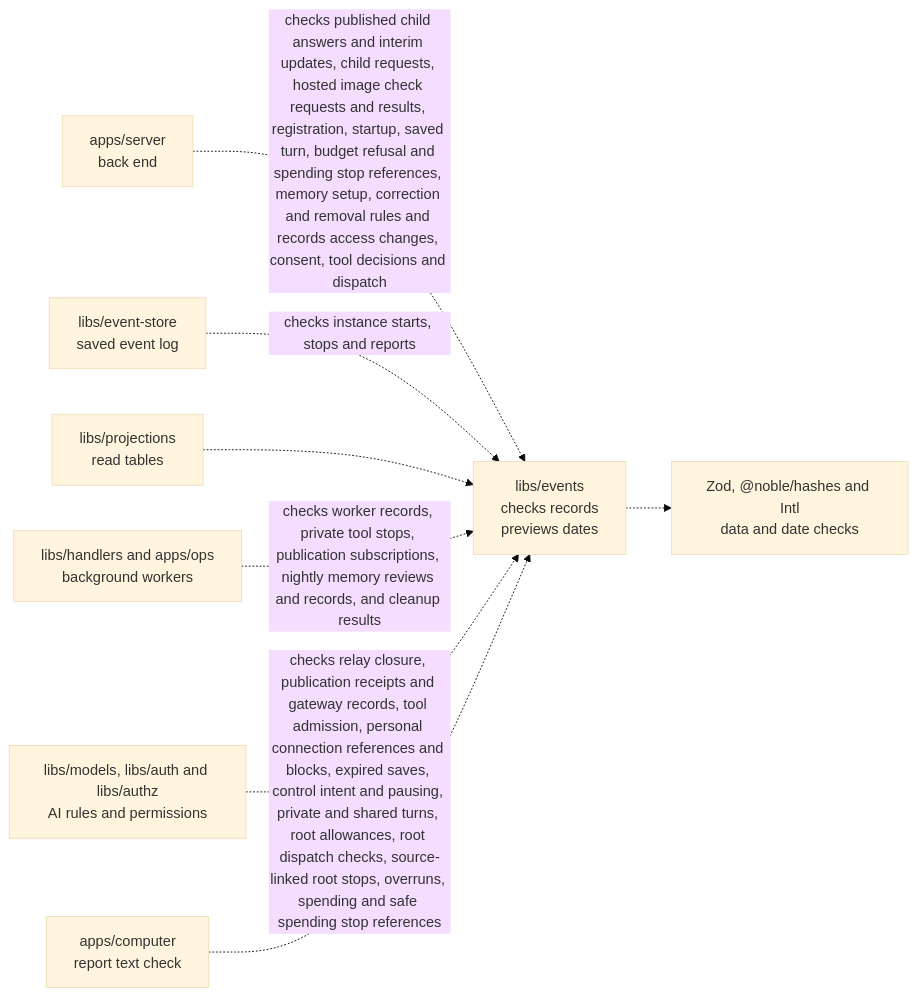
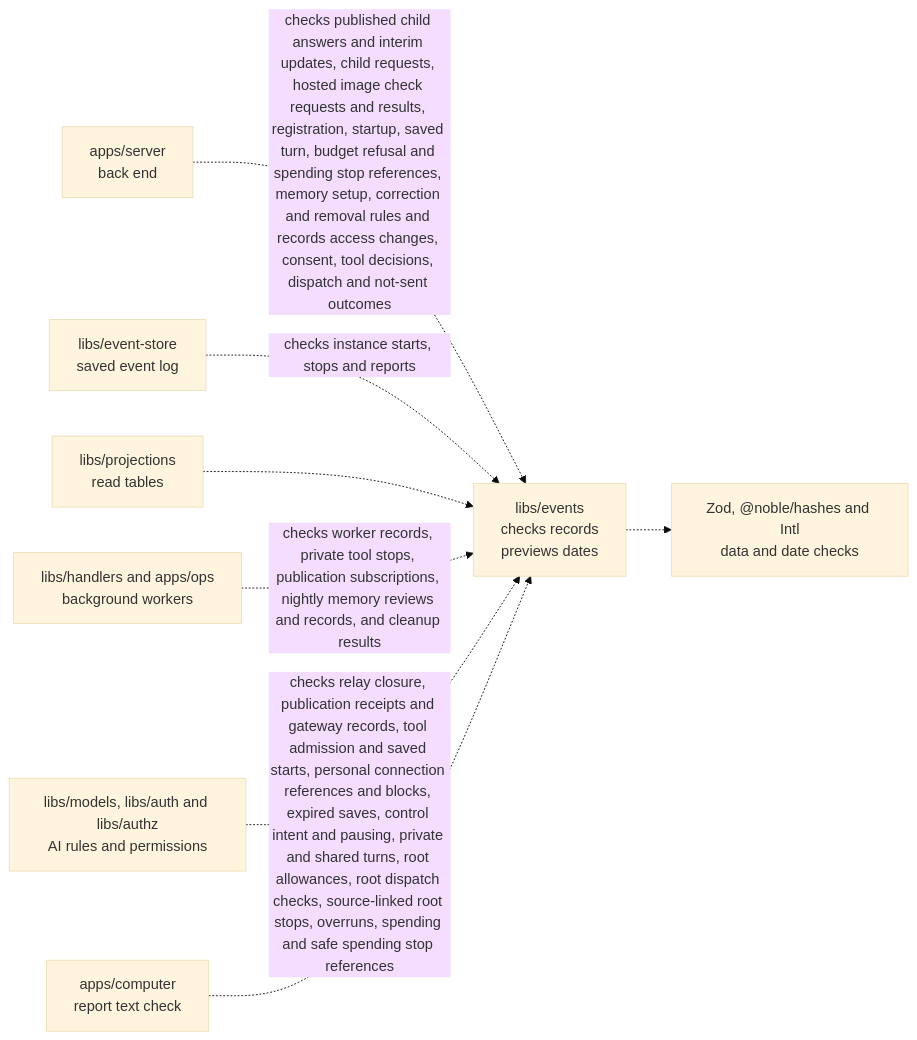
The diagram in libs/events/README.md (elewa-git/opencrane-new), drawn with Mermaid (base theme) before and after one commit. The commit also changed other lines of this file and 16 other files, not shown here.

First line of the commit message:
Save published tool dispatch starts before sending (#493)

````diff
--- a/libs/events/README.md
+++ b/libs/events/README.md
@@ -27,10 +27,10 @@
 ```mermaid
 flowchart LR
-  server["apps/server<br/>back end"] -.->|checks published child answers and interim updates, child requests, hosted image check requests and results, registration, startup, saved turn, budget refusal and spending stop references, memory setup, correction and removal rules and records access changes, consent, tool decisions and dispatch| events["libs/events<br/>checks records<br/>previews dates"]
+  server["apps/server<br/>back end"] -.->|checks published child answers and interim updates, child requests, hosted image check requests and results, registration, startup, saved turn, budget refusal and spending stop references, memory setup, correction and removal rules and records access changes, consent, tool decisions, dispatch and not-sent outcomes| events["libs/events<br/>checks records<br/>previews dates"]
   store["libs/event-store<br/>saved event log"] -.->|checks instance starts, stops and reports| events
   projections["libs/projections<br/>read tables"] -.-> events
   workers["libs/handlers and apps/ops<br/>background workers"] -.->|checks worker records, private tool stops, publication subscriptions, nightly memory reviews and records, and cleanup results| events
-  others["libs/models, libs/auth and libs/authz<br/>AI rules and permissions"] -.->|checks relay closure, publication receipts and gateway records, tool admission, personal connection references and blocks, expired saves, control intent and pausing, private and shared turns, root allowances, root dispatch checks, source-linked root stops, overruns, spending and safe spending stop references| events
+  others["libs/models, libs/auth and libs/authz<br/>AI rules and permissions"] -.->|checks relay closure, publication receipts and gateway records, tool admission and saved starts, personal connection references and blocks, expired saves, control intent and pausing, private and shared turns, root allowances, root dispatch checks, source-linked root stops, overruns, spending and safe spending stop references| events
   computer["apps/computer<br/>report text check"] -.-> events
   events -.-> checks["Zod, @noble/hashes and Intl<br/>data and date checks"]
 ```
````
